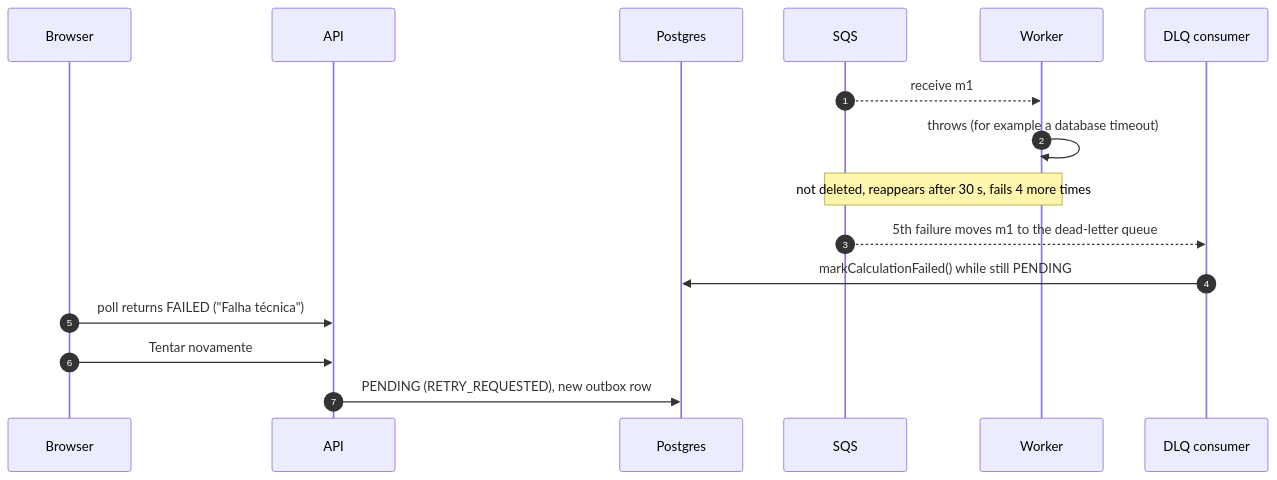
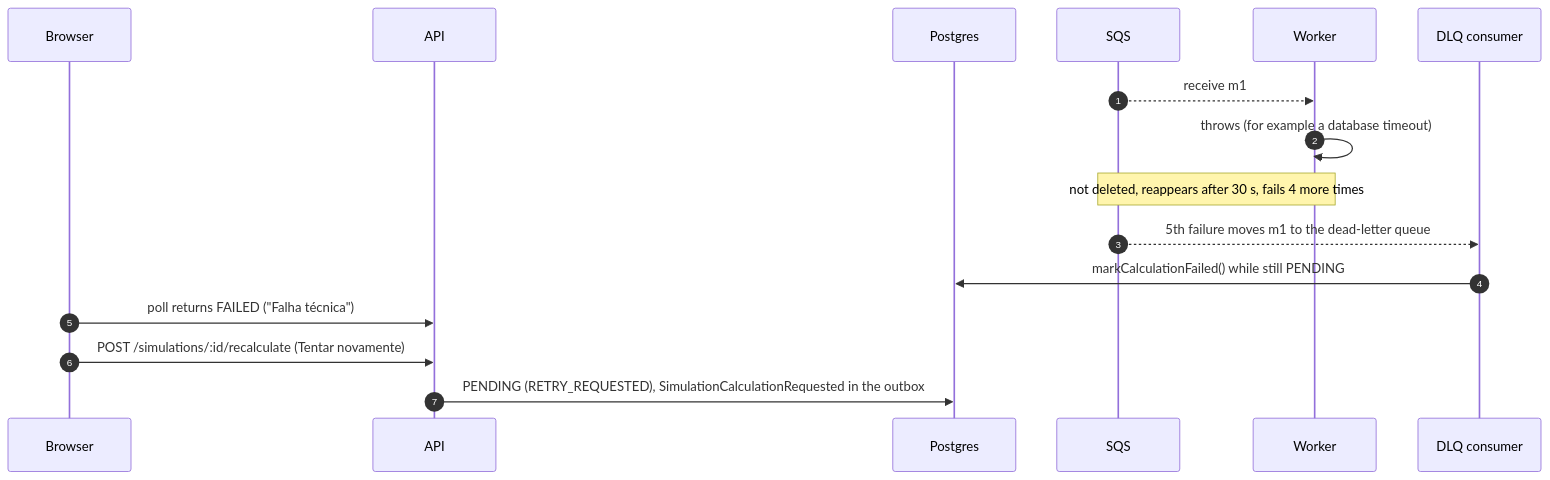
Before and after one commit to Diogo-NB/investflow: the seventh of 9 diagrams in docs/architecture/event-flow.md, drawn with Mermaid. The commit also changed other lines of this file and 84 other files, not shown here.

````diff
--- a/docs/architecture/event-flow.md
+++ b/docs/architecture/event-flow.md
@@ -238,19 +237,19 @@
 ```mermaid
 sequenceDiagram
   autonumber
   participant B as Browser
   participant A as API
   participant DB as Postgres
   participant Q as SQS
   participant W as Worker
   participant D as DLQ consumer
 
   Q-->>W: receive m1
   W->>W: throws (for example a database timeout)
   Note over Q,W: not deleted, reappears after 30 s, fails 4 more times
   Q-->>D: 5th failure moves m1 to the dead-letter queue
   D->>DB: markCalculationFailed() while still PENDING
   B->>A: poll returns FAILED ("Falha técnica")
-  B->>A: Tentar novamente
-  A->>DB: PENDING (RETRY_REQUESTED), new outbox row
+  B->>A: POST /simulations/:id/recalculate (Tentar novamente)
+  A->>DB: PENDING (RETRY_REQUESTED), SimulationCalculationRequested in the outbox
 ```
````
